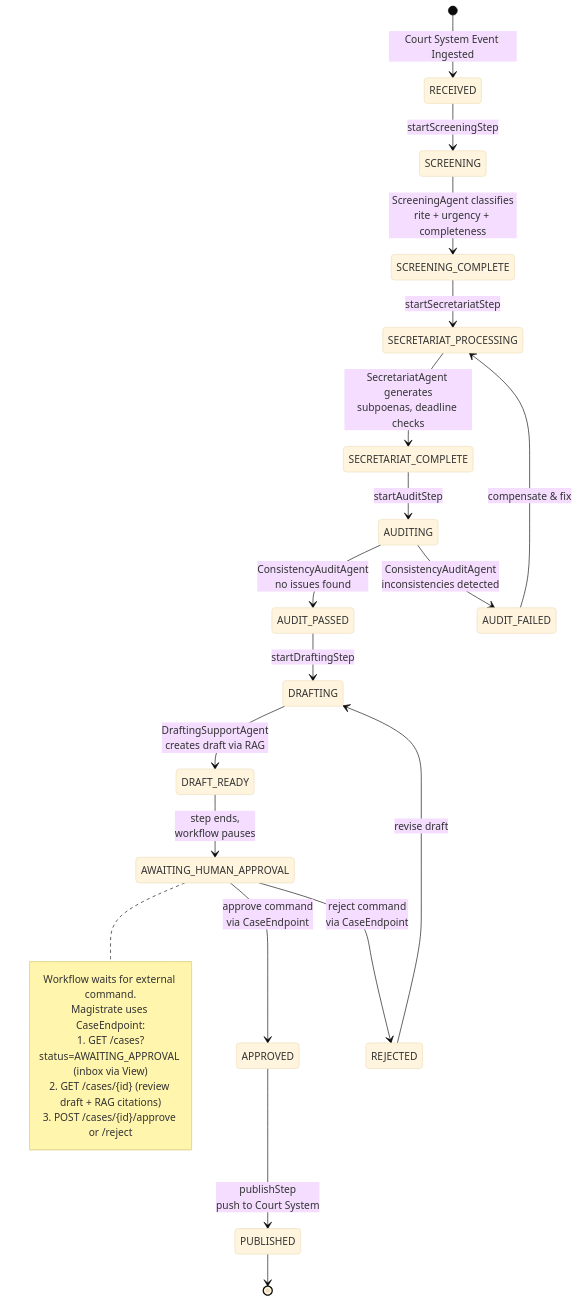
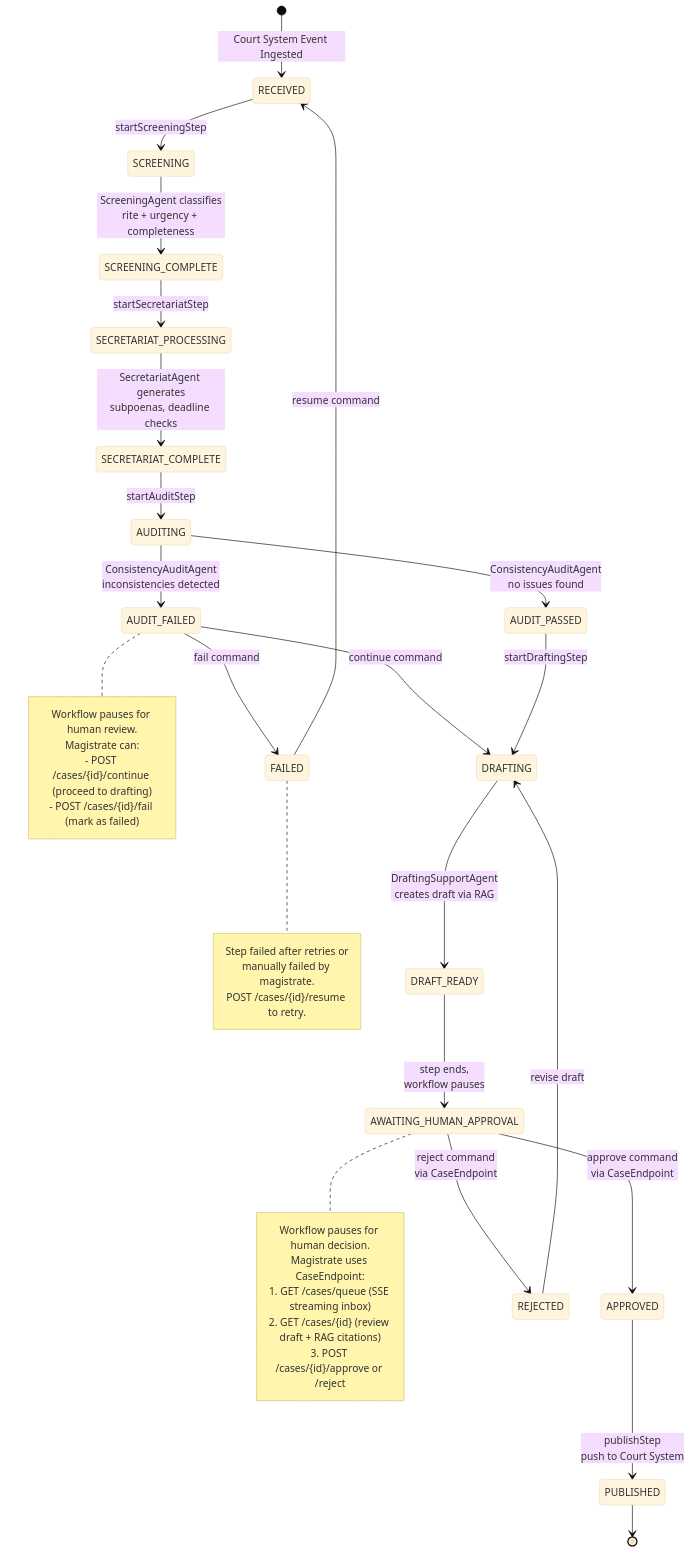
One commit to aklikic/court-onboarding changed the second of 5 diagrams in README.md. Above: the diagram before and after it, drawn with Mermaid (base theme). The commit also changed other lines of this file and 33 other files, not shown here.

````diff
--- a/README.md
+++ b/README.md
@@ -99,38 +99,55 @@
 ```mermaid
 stateDiagram-v2
     [*] --> RECEIVED: Court System Event Ingested
 
     RECEIVED --> SCREENING: startScreeningStep
     SCREENING --> SCREENING_COMPLETE: ScreeningAgent classifies<br/>rite + urgency + completeness
 
     SCREENING_COMPLETE --> SECRETARIAT_PROCESSING: startSecretariatStep
     SECRETARIAT_PROCESSING --> SECRETARIAT_COMPLETE: SecretariatAgent generates<br/>subpoenas, deadline checks
 
     SECRETARIAT_COMPLETE --> AUDITING: startAuditStep
     AUDITING --> AUDIT_PASSED: ConsistencyAuditAgent<br/>no issues found
     AUDITING --> AUDIT_FAILED: ConsistencyAuditAgent<br/>inconsistencies detected
 
-    AUDIT_FAILED --> SECRETARIAT_PROCESSING: compensate & fix
+    state "AUDIT_FAILED" as AUDIT_FAILED
+    note right of AUDIT_FAILED
+        Workflow pauses for human review.
+        Magistrate can:
+        - POST /cases/{id}/continue (proceed to drafting)
+        - POST /cases/{id}/fail (mark as failed)
+    end note
+
+    AUDIT_FAILED --> DRAFTING: continue command
+    AUDIT_FAILED --> FAILED: fail command
 
     AUDIT_PASSED --> DRAFTING: startDraftingStep
     DRAFTING --> DRAFT_READY: DraftingSupportAgent<br/>creates draft via RAG
 
     DRAFT_READY --> AWAITING_HUMAN_APPROVAL: step ends,<br/>workflow pauses
 
     state "AWAITING_HUMAN_APPROVAL" as AWAITING_HUMAN_APPROVAL
     note right of AWAITING_HUMAN_APPROVAL
-        Workflow waits for external command.
+        Workflow pauses for human decision.
         Magistrate uses CaseEndpoint:
-        1. GET /cases?status=AWAITING_APPROVAL (inbox via View)
+        1. GET /cases/queue (SSE streaming inbox)
         2. GET /cases/{id} (review draft + RAG citations)
         3. POST /cases/{id}/approve or /reject
     end note
 
     AWAITING_HUMAN_APPROVAL --> APPROVED: approve command<br/>via CaseEndpoint
     AWAITING_HUMAN_APPROVAL --> REJECTED: reject command<br/>via CaseEndpoint
 
     REJECTED --> DRAFTING: revise draft
 
     APPROVED --> PUBLISHED: publishStep<br/>push to Court System
     PUBLISHED --> [*]
+
+    state "FAILED" as FAILED
+    note right of FAILED
+        Step failed after retries or
+        manually failed by magistrate.
+        POST /cases/{id}/resume to retry.
+    end note
+    FAILED --> RECEIVED: resume command
 ```
````
